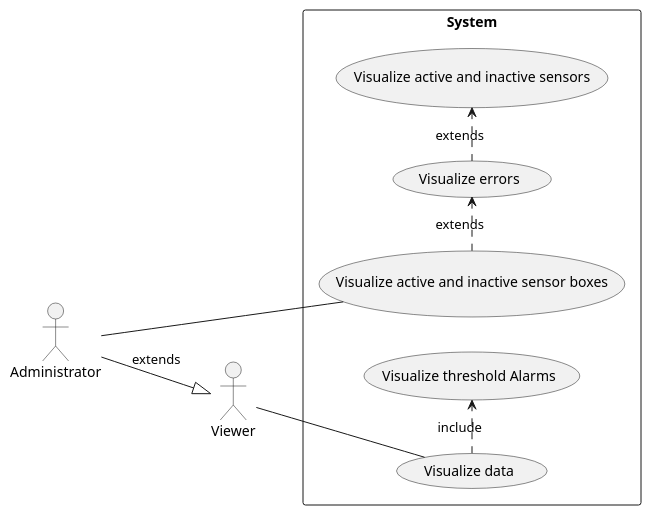
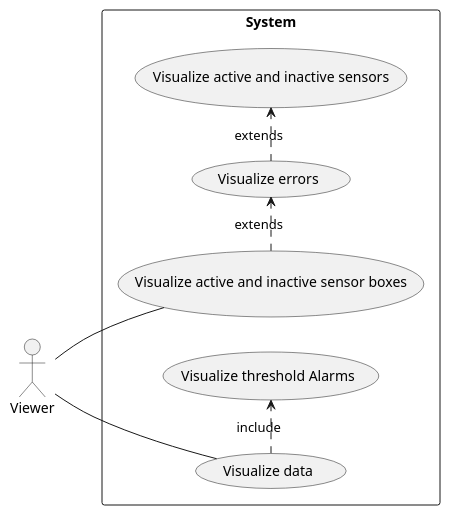
Before and after one commit to 2324-5bhitm-itp/2223-4bhitm-project-iot-dashboard: the diagram in docs/asciidocs/plantuml/ucd.puml, drawn with PlantUML. The commit also changed 1 other file, not shown here.

```diff
--- a/docs/asciidocs/plantuml/ucd.puml
+++ b/docs/asciidocs/plantuml/ucd.puml
@@ -1,32 +1,27 @@
 @startuml
 'https://plantuml.com/sequence-diagram
 
 'UCD -------------------------
 left to right direction
-
-actor "Administrator" as Administrator
 
 rectangle System as System {
   usecase "Visualize active and inactive sensor boxes" as UC1
 
   usecase "Visualize errors" as UC2
   usecase "Visualize active and inactive sensors" as UC3
 
   usecase "Visualize data" as UC12
   usecase "Visualize threshold Alarms" as UC22
 }
 
-Administrator -- UC1
-
 (UC1) .> (UC2) : extends
 (UC2) .> (UC3) : extends
 
 'UCD2 ------------------------
 actor "Viewer" as School
 
-Administrator --|> School : extends
-
 School -- UC12
+School -- UC1
 (UC12) .> (UC22) : include
 
 @enduml
```
